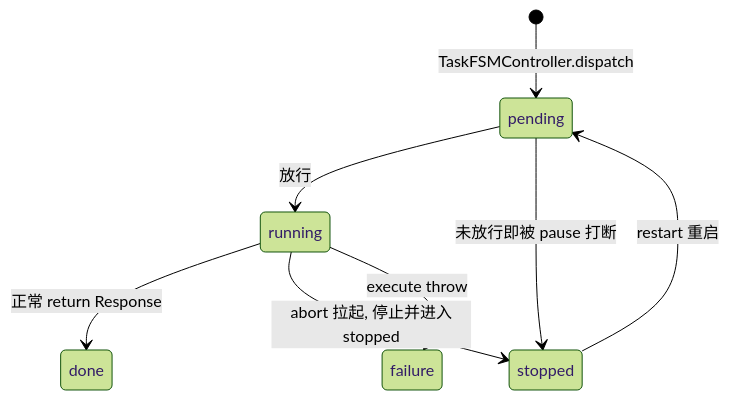
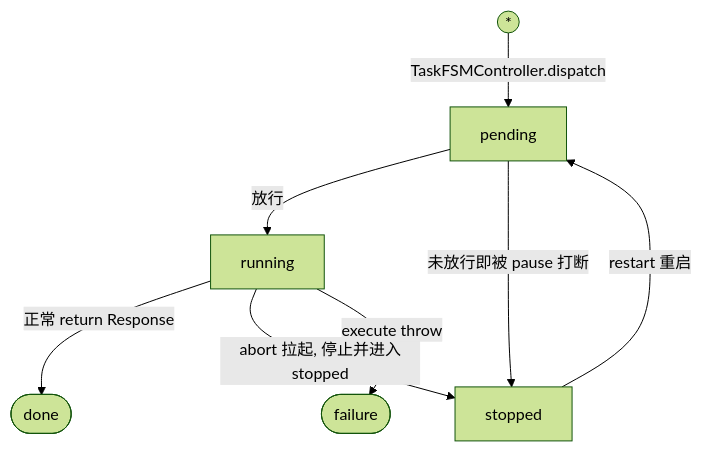
The third of 3 diagrams in docs/naceb.md (ChenYFan/NASDK), drawn with Mermaid (forest theme) before and after one commit. The commit also changed other lines of this file, not shown here.

````diff
--- a/docs/naceb.md
+++ b/docs/naceb.md
@@ -186,14 +319,10 @@
 ```mermaid
-stateDiagram-v2
-    state "pending" as pending
-    state "running" as running
-    state "stopped" as stopped
-
-    [*] --> pending : TaskFSMController.dispatch
-    pending --> running : 放行
-    pending --> stopped : 未放行即被 pause 打断
-    running --> done : 正常 return Response
-    running --> stopped : abort 拉起, 停止并进入stopped
-    running --> failure : execute throw
-    stopped --> pending : restart 重启
+flowchart TD
+    START((*)) -->|TaskFSMController.dispatch| pending
+    pending -->|放行| running
+    pending -->|未放行即被 pause 打断| stopped
+    running -->|正常 return Response| done([done])
+    running -->|abort 拉起, 停止并进入stopped| stopped
+    running -->|execute throw| failure([failure])
+    stopped -->|restart 重启| pending
 ```
````
